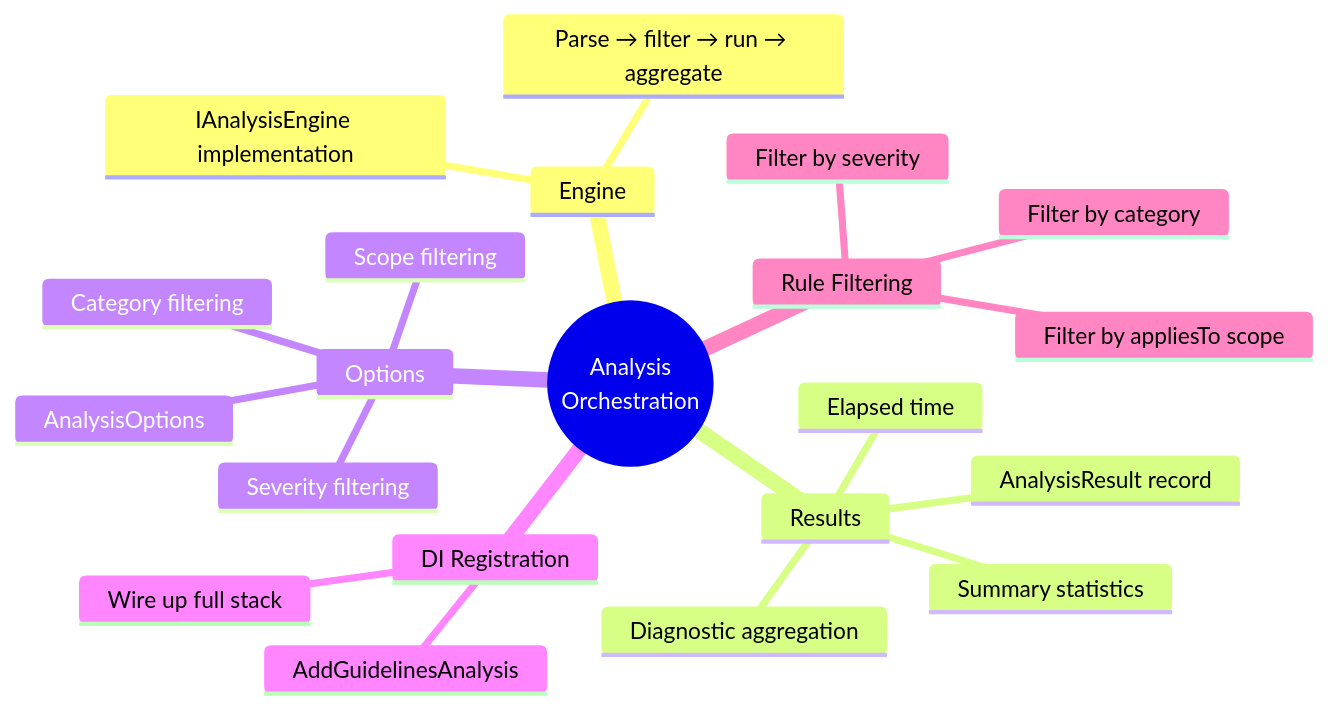
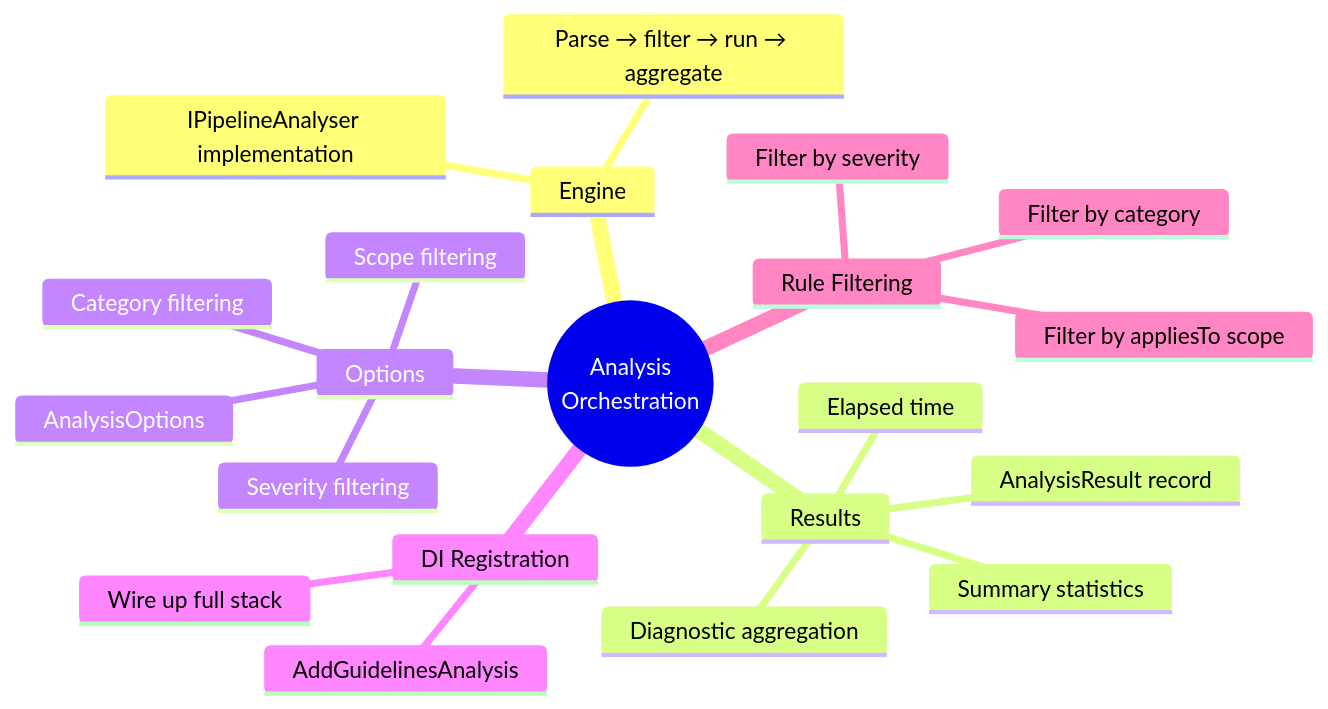
One commit to ruijarimba/azure-pipelines-guidelines-ai-mcp changed the first of 2 diagrams in src/AzurePipelines.Guidelines.Analysis/AGENTS.md. Above: the diagram before and after it, drawn with Mermaid. The commit also changed other lines of this file and 6 other files, not shown here.

````diff
--- a/src/AzurePipelines.Guidelines.Analysis/AGENTS.md
+++ b/src/AzurePipelines.Guidelines.Analysis/AGENTS.md
@@ -9,24 +9,24 @@
 ```mermaid
 mindmap
   root((Analysis<br/>Orchestration))
     Engine
-      IAnalysisEngine implementation
+      IPipelineAnalyser implementation
       Parse → filter → run → aggregate
     Results
       AnalysisResult record
       Diagnostic aggregation
       Summary statistics
       Elapsed time
     Options
       AnalysisOptions
       Category filtering
       Severity filtering
       Scope filtering
     DI Registration
       AddGuidelinesAnalysis
       Wire up full stack
     Rule Filtering
       Filter by category
       Filter by severity
       Filter by appliesTo scope
 ```
````
